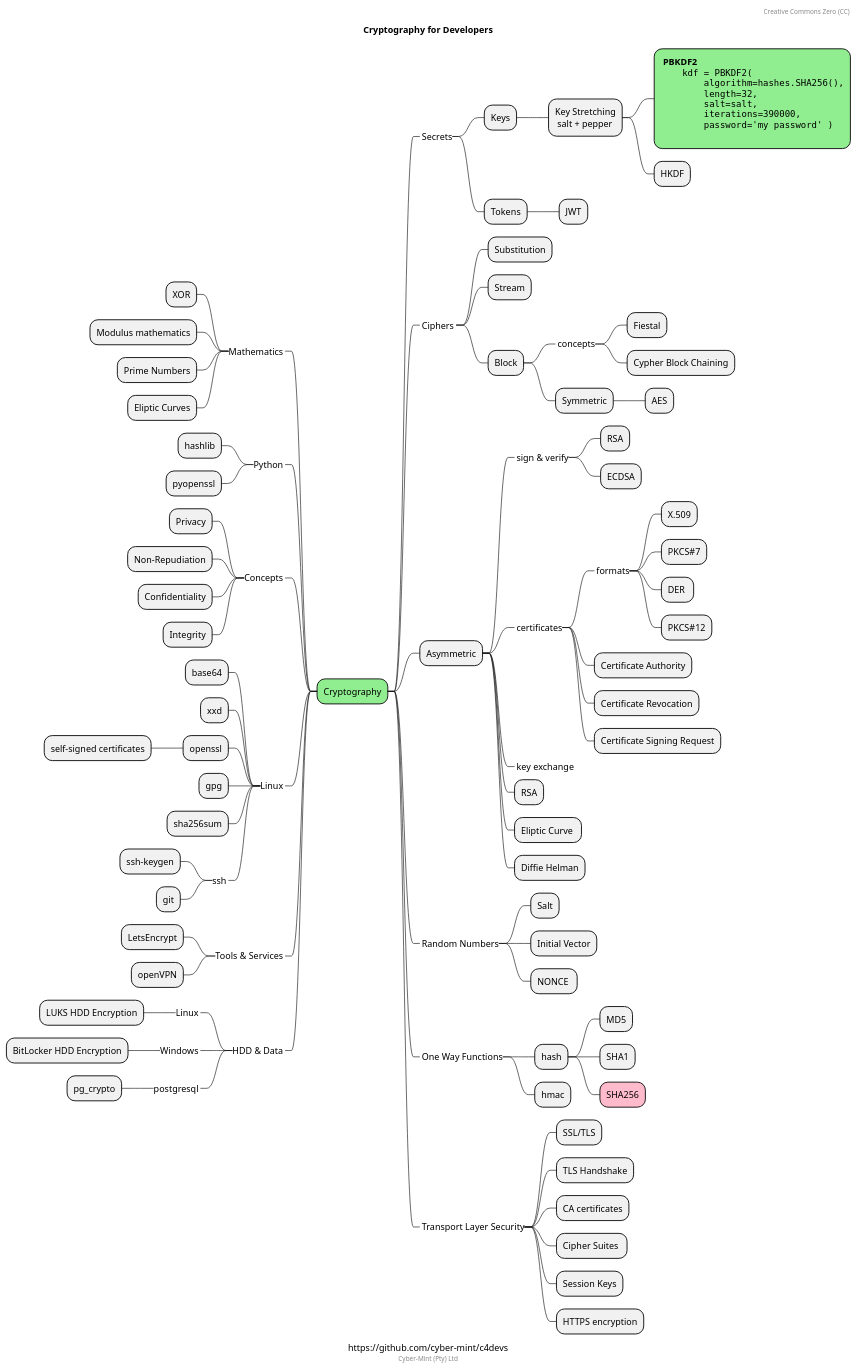
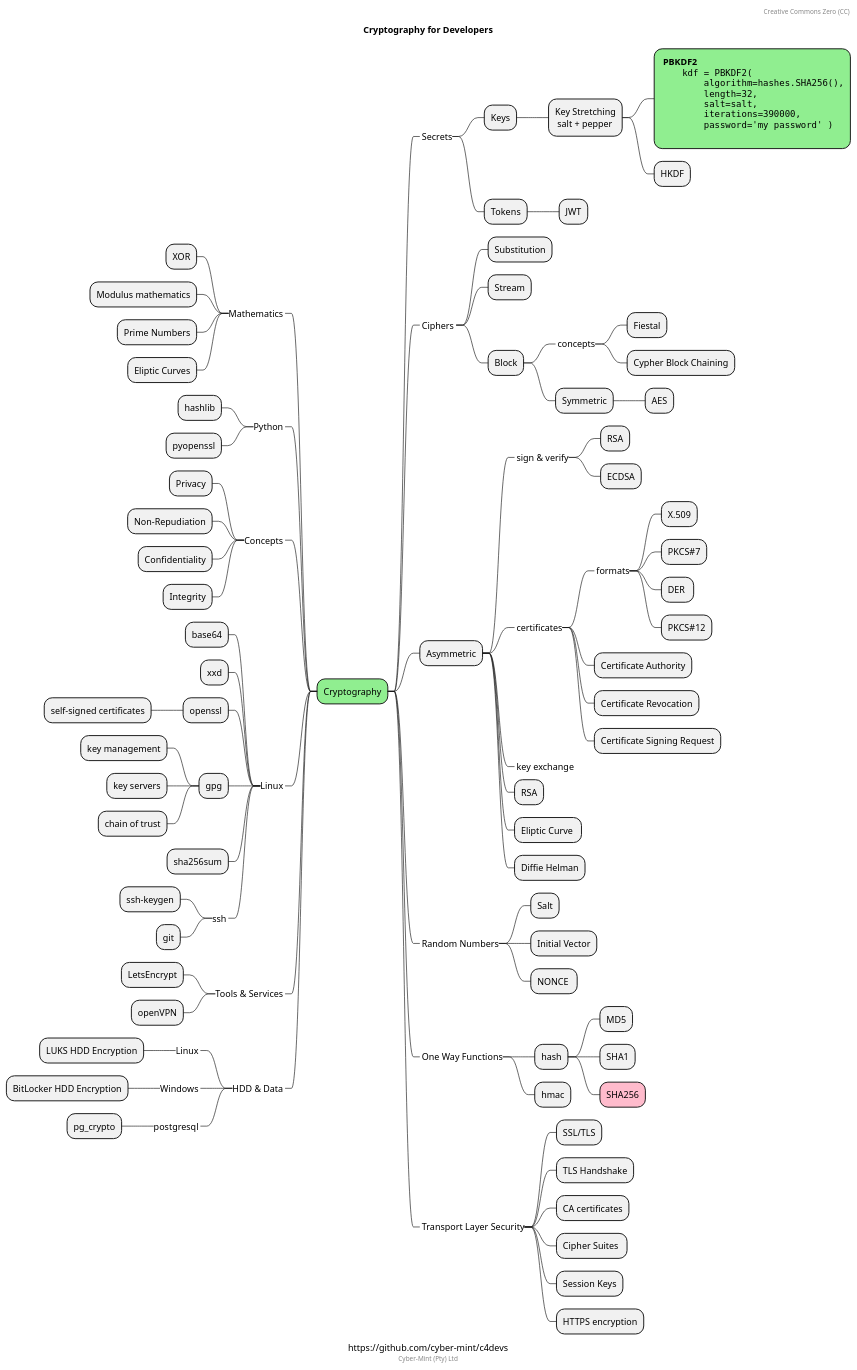
Before and after one commit to Cyber-Mint/c4devs: the diagram in cryptography.puml, drawn with PlantUML. The commit also changed 26 other files, not shown here.

```diff
--- a/cryptography.puml
+++ b/cryptography.puml
@@ -1,125 +1,128 @@
 @startmindmap
 
 caption https://github.com/cyber-mint/c4devs
 title Cryptography for Developers
 
 *[#lightgreen] Cryptography
 
  *_ Secrets
   * Keys
 ****:Key Stretching
  salt + pepper;
 
 *****[#lightgreen]: **PBKDF2**
 <code>
     kdf = PBKDF2(
         algorithm=hashes.SHA256(),
         length=32,
         salt=salt,
         iterations=390000,
         password='my password' )
 </code>
 ;
     * HKDF
   * Tokens
    * JWT
 
  *_ Ciphers <<rose>>
   * Substitution
   * Stream
   * Block
    *_ concepts
     * Fiestal
     * Cypher Block Chaining
    * Symmetric
     * AES
  * Asymmetric
   *_ sign & verify
    * RSA
    * ECDSA
   *_ certificates
    *_ formats
     * X.509
     * PKCS#7
     * DER 
     * PKCS#12
    * Certificate Authority
    * Certificate Revocation
    * Certificate Signing Request
   *_ key exchange
   * RSA
   * Eliptic Curve 
   * Diffie Helman
 
  *_ Random Numbers
   * Salt
   * Initial Vector
   * NONCE 
  *_ One Way Functions
   * hash
    * MD5
    * SHA1
    *[#FFBBCC] SHA256
   * hmac
  *_ Transport Layer Security
   * SSL/TLS
   * TLS Handshake
   * CA certificates
   * Cipher Suites 
   * Session Keys
   * HTTPS encryption
 
 left side
 
 --_ Mathematics
   * XOR
   * Modulus mathematics
   * Prime Numbers
   * Eliptic Curves
 
 --_ Python
   * hashlib
   * pyopenssl
 
 --_ Concepts
   * Privacy
   * Non-Repudiation
   * Confidentiality
   * Integrity
 
 
 --_ Linux
   * base64
   * xxd
   * openssl
    * self-signed certificates
   * gpg
+   * key management
+   * key servers
+   * chain of trust
   * sha256sum
   *_ ssh
    * ssh-keygen
    * git
 
 --_ Tools & Services
   * LetsEncrypt
   * openVPN
 
 --_ HDD & Data
   *_ Linux
    * LUKS HDD Encryption
   *_ Windows
    * BitLocker HDD Encryption
   *_ postgresql
    * pg_crypto
 
 header
  Creative Commons Zero (CC)
 endheader
 
 center footer Cyber-Mint (Pty) Ltd
 
 ' legend right
 '   Short
 '   legend
 ' endlegend
 
 @endmindmap
```
